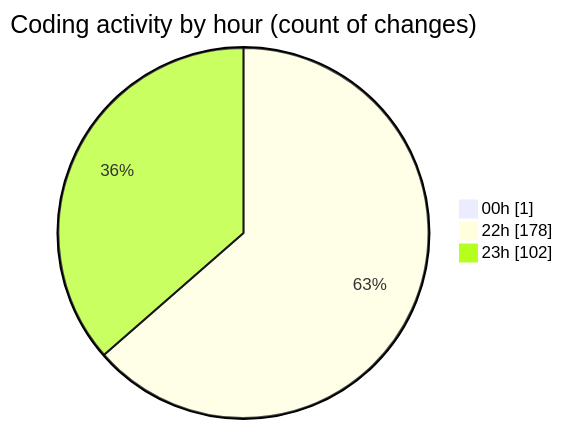
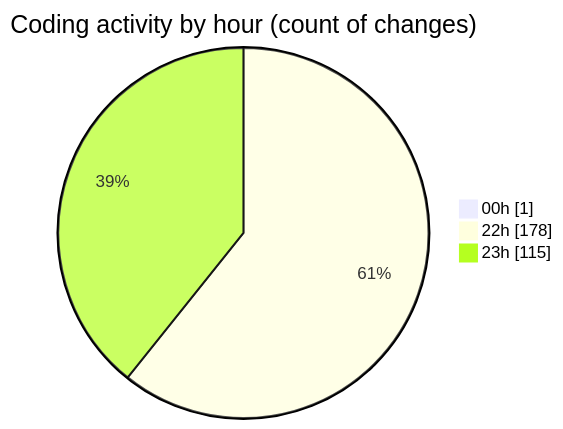
The second of 2 diagrams in 2025-08-04/javascript/README.md (Ritupan-Deka/code-tracking), drawn with Mermaid before and after one commit. The commit also changed other lines of this file and 1 other file, not shown here.

````diff
--- a/2025-08-04/javascript/README.md
+++ b/2025-08-04/javascript/README.md
@@ -31,7 +31,7 @@
 ```mermaid
 pie showData
 title Coding activity by hour (count of changes)
 "00h" : 1
 "22h" : 178
-"23h" : 102
+"23h" : 115
 ```
````
